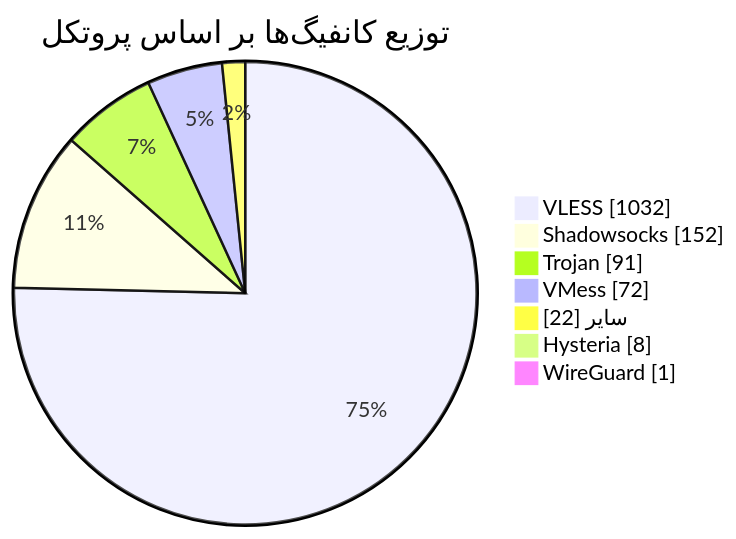
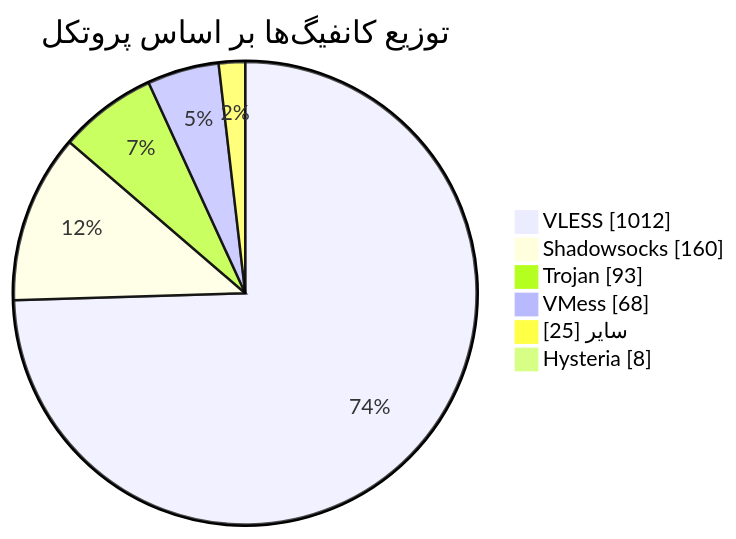
One commit to Arian-Alijani/Somthing changed the diagram in README.md. Above: the diagram before and after it, drawn with Mermaid. The commit also changed other lines of this file and 101 other files, not shown here.

````diff
--- a/README.md
+++ b/README.md
@@ -51,11 +50,10 @@
 ```mermaid
 pie showData
     title توزیع کانفیگ‌ها بر اساس پروتکل
-    "VLESS" : 1032
-    "Shadowsocks" : 152
-    "Trojan" : 91
-    "VMess" : 72
-    "سایر" : 22
+    "VLESS" : 1012
+    "Shadowsocks" : 160
+    "Trojan" : 93
+    "VMess" : 68
+    "سایر" : 25
     "Hysteria" : 8
-    "WireGuard" : 1
 ```
````
